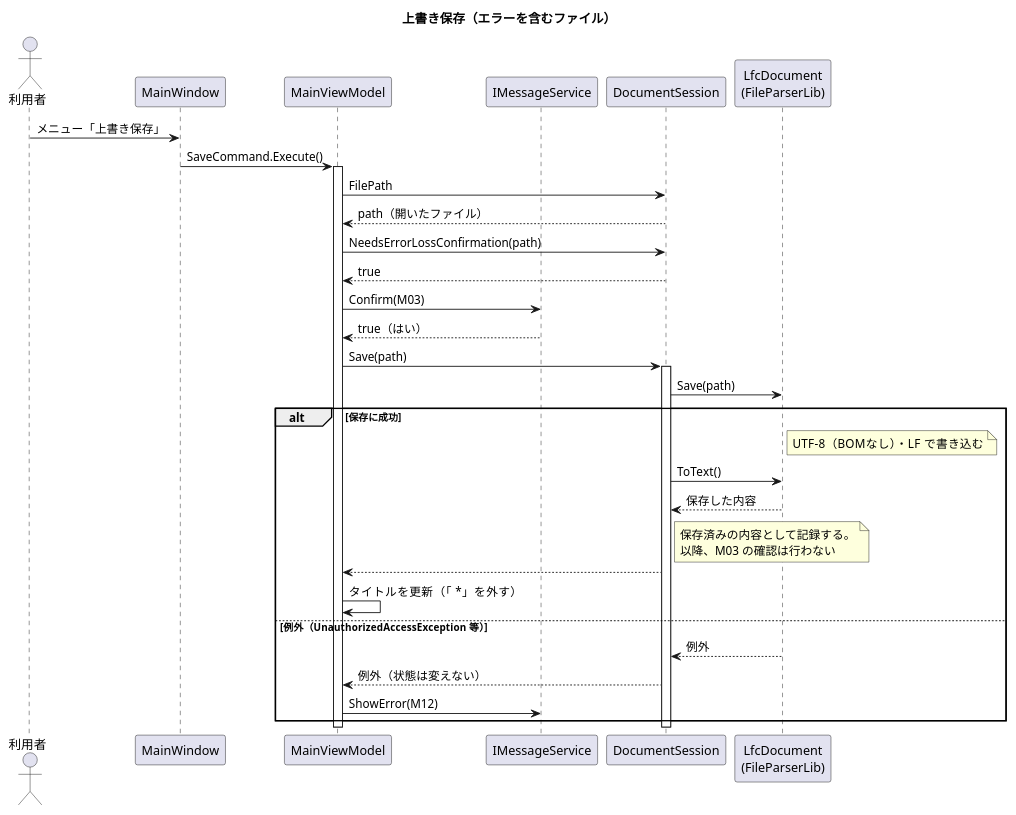
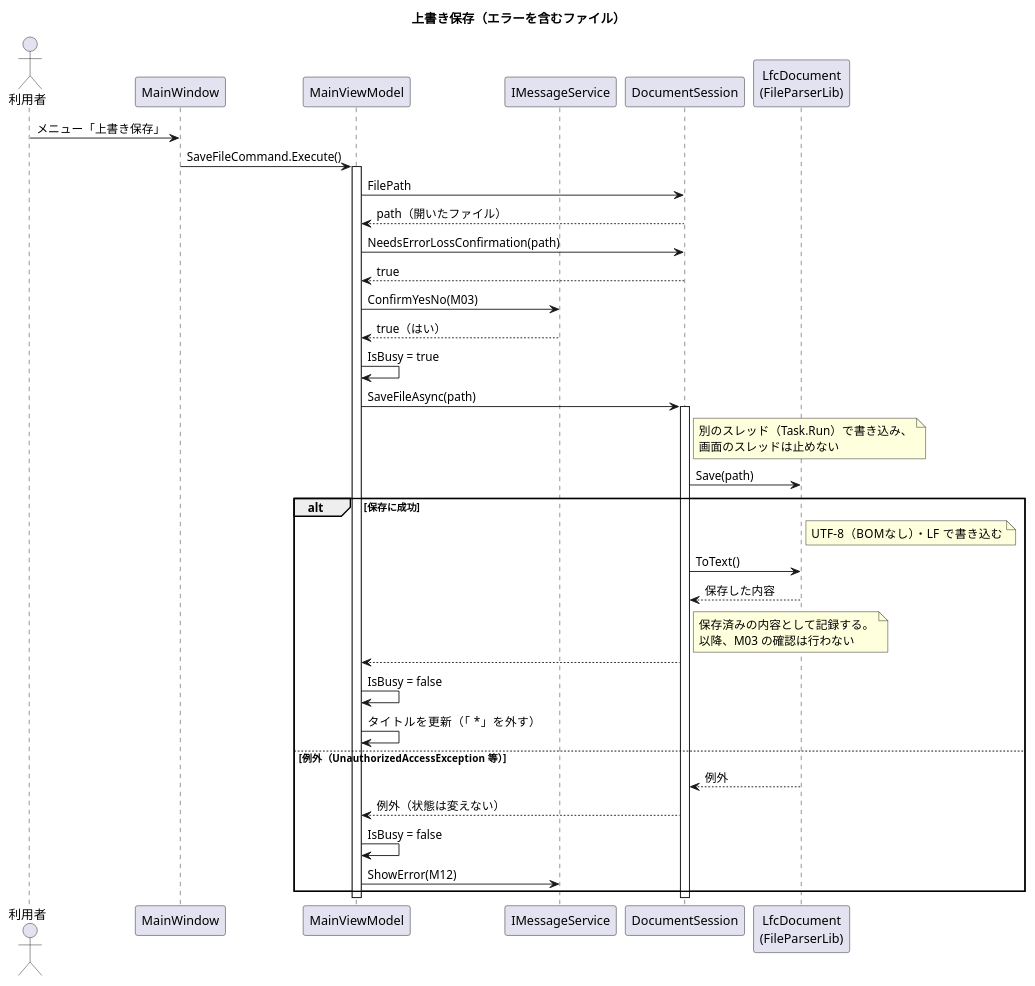
One commit to r-aoki-git/FileParseEditor changed the diagram in diagrams/シーケンス図（上書き保存：エラーを含むファイル）.pu. Above: the diagram before and after it, drawn with PlantUML. The commit also changed 8 other files, not shown here.

First line of the commit message:
設計書・クラス図・シーケンス図・README を指摘への対応に合わせて更新

```diff
--- a/diagrams/シーケンス図（上書き保存：エラーを含むファイル）.pu
+++ b/diagrams/シーケンス図（上書き保存：エラーを含むファイル）.pu
@@ -1,47 +1,54 @@
 @startuml FileParseEditor_Sequence_Save
 title 上書き保存（エラーを含むファイル）
 
 actor 利用者 as User
 participant "MainWindow" as View
 participant "MainViewModel" as VM
 participant "IMessageService" as Msg
 participant "DocumentSession" as Session
 participant "LfcDocument\n(FileParserLib)" as Doc
 
 User -> View : メニュー「上書き保存」
-View -> VM : SaveCommand.Execute()
+View -> VM : SaveFileCommand.Execute()
 activate VM
 
 VM -> Session : FilePath
 Session --> VM : path（開いたファイル）
 
 VM -> Session : NeedsErrorLossConfirmation(path)
 Session --> VM : true
-VM -> Msg : Confirm(M03)
+VM -> Msg : ConfirmYesNo(M03)
 Msg --> VM : true（はい）
 
-VM -> Session : Save(path)
+VM -> VM : IsBusy = true
+VM -> Session : SaveFileAsync(path)
 activate Session
+note right of Session
+  別のスレッド（Task.Run）で書き込み、
+  画面のスレッドは止めない
+end note
 Session -> Doc : Save(path)
 alt 保存に成功
     note right of Doc
       UTF-8（BOMなし）・LF で書き込む
     end note
     Session -> Doc : ToText()
     Doc --> Session : 保存した内容
     note right of Session
       保存済みの内容として記録する。
       以降、M03 の確認は行わない
     end note
     Session --> VM
+    VM -> VM : IsBusy = false
     VM -> VM : タイトルを更新（「 *」を外す）
 else 例外（UnauthorizedAccessException 等）
     Doc --> Session : 例外
     Session --> VM : 例外（状態は変えない）
+    VM -> VM : IsBusy = false
     VM -> Msg : ShowError(M12)
 end
 deactivate Session
 
 deactivate VM
 
 @enduml
```
